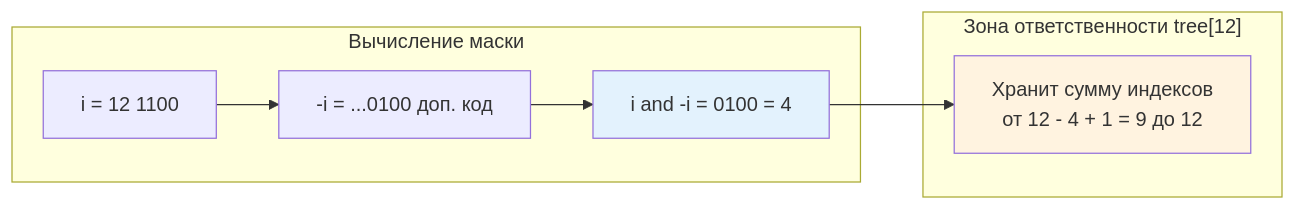
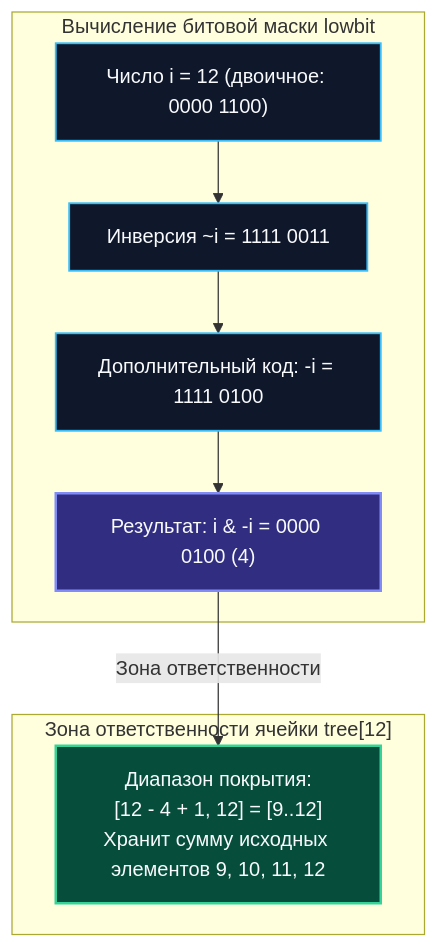
Before and after one commit to UnrealTemplier/go-textbook: the diagram in sources/20. Алгоритмы и структуры данных (DSA) на Go/07. Продвинутые структуры данных/2. Fenwick tree - бинарное индексное дерево.md, drawn with Mermaid. The commit also changed other lines of this file, not shown here.

Commit message:
feat(module-20): editorial rewrite of 07.2 Fenwick tree in Kernighan style

````diff
--- a/sources/20. Алгоритмы и структуры данных (DSA) на Go/07. Продвинутые структуры данных/2. Fenwick tree - бинарное индексное дерево.md
+++ b/sources/20. Алгоритмы и структуры данных (DSA) на Go/07. Продвинутые структуры данных/2. Fenwick tree - бинарное индексное дерево.md
@@ -17,15 +40,22 @@
 ```mermaid
-flowchart LR
-    subgraph Bitwise["Вычисление маски"]
-        A["i = 12 1100"] --> B["-i = ...0100 доп. код"]
-        B --> C["i and -i = 0100 = 4"]
+flowchart TD
+    subgraph Bitwise["Вычисление битовой маски lowbit"]
+        A["Число i = 12 (двоичное: 0000 1100)"] --> B["Инверсия ~i = 1111 0011"]
+        B --> C["Дополнительный код: -i = 1111 0100"]
+        C --> D["Результат: i & -i = 0000 0100 (4)"]
     end
 
-    subgraph Tree["Зона ответственности tree[12]"]
-        D["Хранит сумму индексов<br>от 12 - 4 + 1 = 9 до 12"]
+    subgraph TreeZone["Зона ответственности ячейки tree[12]"]
+        E["Диапазон покрытия:<br/>[12 - 4 + 1, 12] = [9..12]<br/>Хранит сумму исходных элементов 9, 10, 11, 12"]
     end
 
-    C --> D
-    style C fill:#e3f2fd
-    style D fill:#fff3e0
+    D -->|"Зона ответственности"| E
+
+    classDef bitBox fill:#0f172a,stroke:#38bdf8,stroke-width:1.5px,color:#f8fafc;
+    classDef resBox fill:#312e81,stroke:#818cf8,stroke-width:2px,color:#f8fafc;
+    classDef zoneBox fill:#064e3b,stroke:#34d399,stroke-width:2px,color:#f8fafc;
+
+    class A,B,C bitBox;
+    class D resBox;
+    class E zoneBox;
 ```
````
